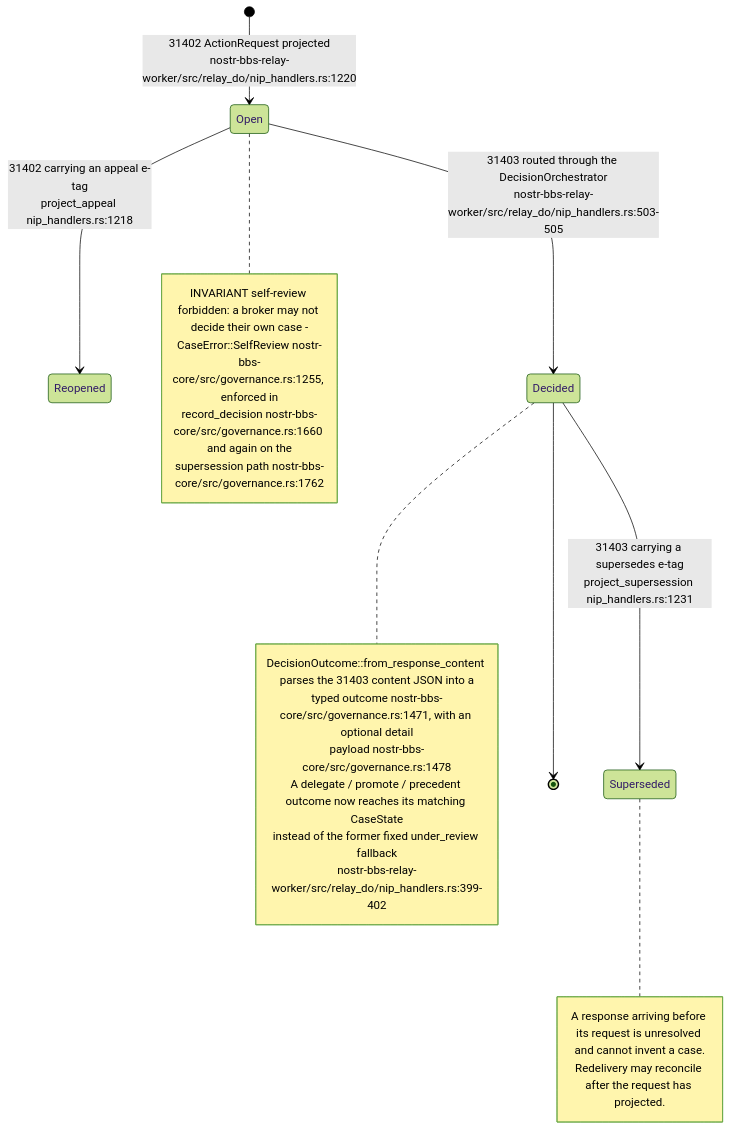
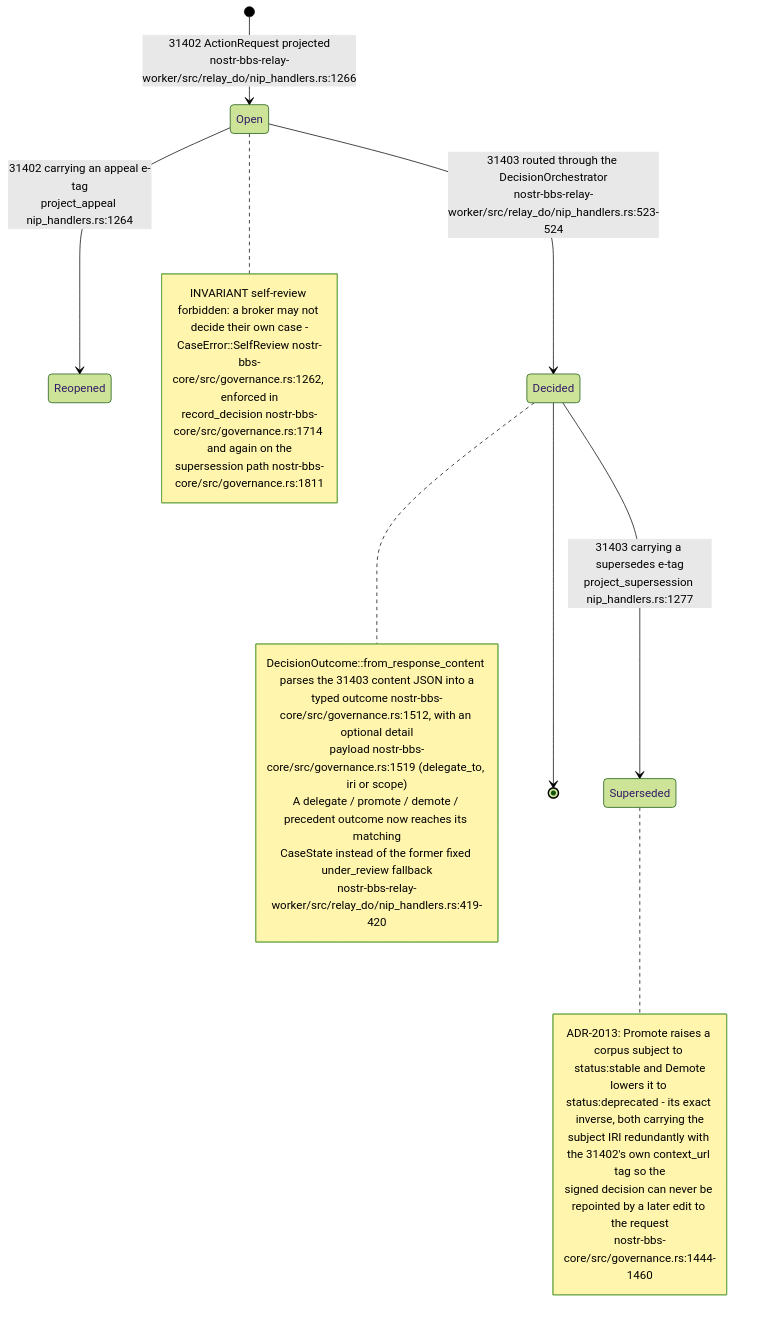
The fifth of 14 diagrams in docs/diagrams/nostr-rust-forum/06-agent-control-surface-31400-31405.md (DreamLab-AI/VisionFlow), drawn with Mermaid (forest theme) before and after one commit. The commit also changed other lines of this file and 136 other files, not shown here.

First line of the commit message:
docs(diagrams): refresh the whole corpus to code HEAD and prune low-value diagrams

````diff
--- a/docs/diagrams/nostr-rust-forum/06-agent-control-surface-31400-31405.md
+++ b/docs/diagrams/nostr-rust-forum/06-agent-control-surface-31400-31405.md
@@ -164,27 +131,30 @@
 ```mermaid
 stateDiagram-v2
-    [*] --> Open: 31402 ActionRequest projected<br/>nostr-bbs-relay-worker/src/relay_do/nip_handlers.rs:1220
-    Open --> Reopened: 31402 carrying an appeal e-tag<br/>project_appeal nip_handlers.rs:1218
-    Open --> Decided: 31403 routed through the DecisionOrchestrator<br/>nostr-bbs-relay-worker/src/relay_do/nip_handlers.rs:503-505
-    Decided --> Superseded: 31403 carrying a supersedes e-tag<br/>project_supersession nip_handlers.rs:1231
+    [*] --> Open: 31402 ActionRequest projected<br/>nostr-bbs-relay-worker/src/relay_do/nip_handlers.rs:1266
+    Open --> Reopened: 31402 carrying an appeal e-tag<br/>project_appeal nip_handlers.rs:1264
+    Open --> Decided: 31403 routed through the DecisionOrchestrator<br/>nostr-bbs-relay-worker/src/relay_do/nip_handlers.rs:523-524
+    Decided --> Superseded: 31403 carrying a supersedes e-tag<br/>project_supersession nip_handlers.rs:1277
     Decided --> [*]
 
     note right of Decided
         DecisionOutcome::from_response_content parses the 31403 content JSON into a
-        typed outcome nostr-bbs-core/src/governance.rs:1471, with an optional detail
-        payload nostr-bbs-core/src/governance.rs:1478
-        A delegate / promote / precedent outcome now reaches its matching CaseState
-        instead of the former fixed under_review fallback
-        nostr-bbs-relay-worker/src/relay_do/nip_handlers.rs:399-402
+        typed outcome nostr-bbs-core/src/governance.rs:1512, with an optional detail
+        payload nostr-bbs-core/src/governance.rs:1519 (delegate_to, iri or scope)
+        A delegate / promote / demote / precedent outcome now reaches its matching
+        CaseState instead of the former fixed under_review fallback
+        nostr-bbs-relay-worker/src/relay_do/nip_handlers.rs:419-420
     end note
     note right of Open
         INVARIANT self-review forbidden: a broker may not decide their own case -
-        CaseError::SelfReview nostr-bbs-core/src/governance.rs:1255, enforced in
-        record_decision nostr-bbs-core/src/governance.rs:1660 and again on the
-        supersession path nostr-bbs-core/src/governance.rs:1762
+        CaseError::SelfReview nostr-bbs-core/src/governance.rs:1262, enforced in
+        record_decision nostr-bbs-core/src/governance.rs:1714 and again on the
+        supersession path nostr-bbs-core/src/governance.rs:1811
     end note
     note right of Superseded
-        A response arriving before its request is unresolved and cannot invent a case.
-        Redelivery may reconcile after the request has projected.
+        ADR-2013: Promote raises a corpus subject to status:stable and Demote
+        lowers it to status:deprecated - its exact inverse, both carrying the
+        subject IRI redundantly with the 31402's own context_url tag so the
+        signed decision can never be repointed by a later edit to the request
+        nostr-bbs-core/src/governance.rs:1444-1460
     end note
 ```
````
